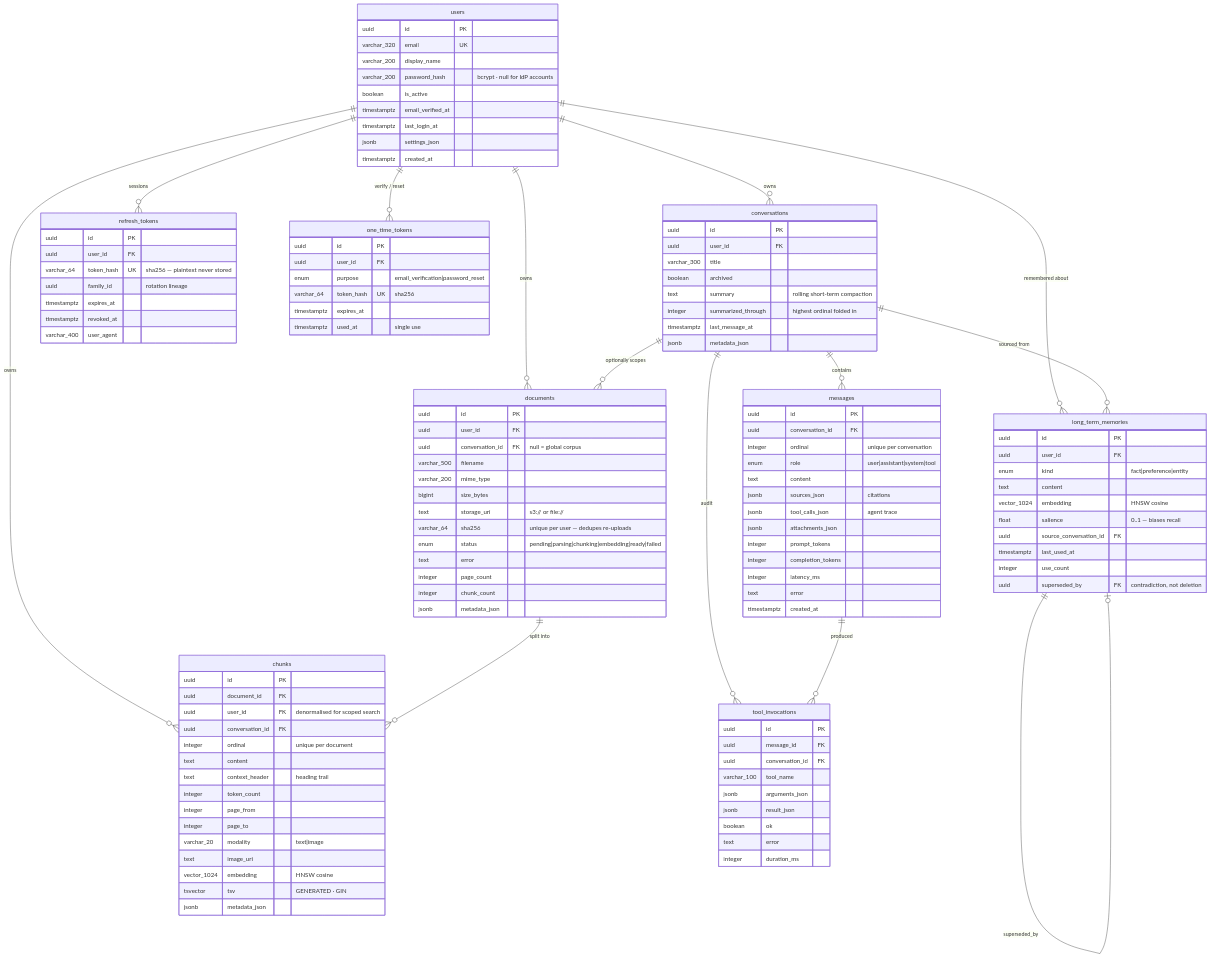
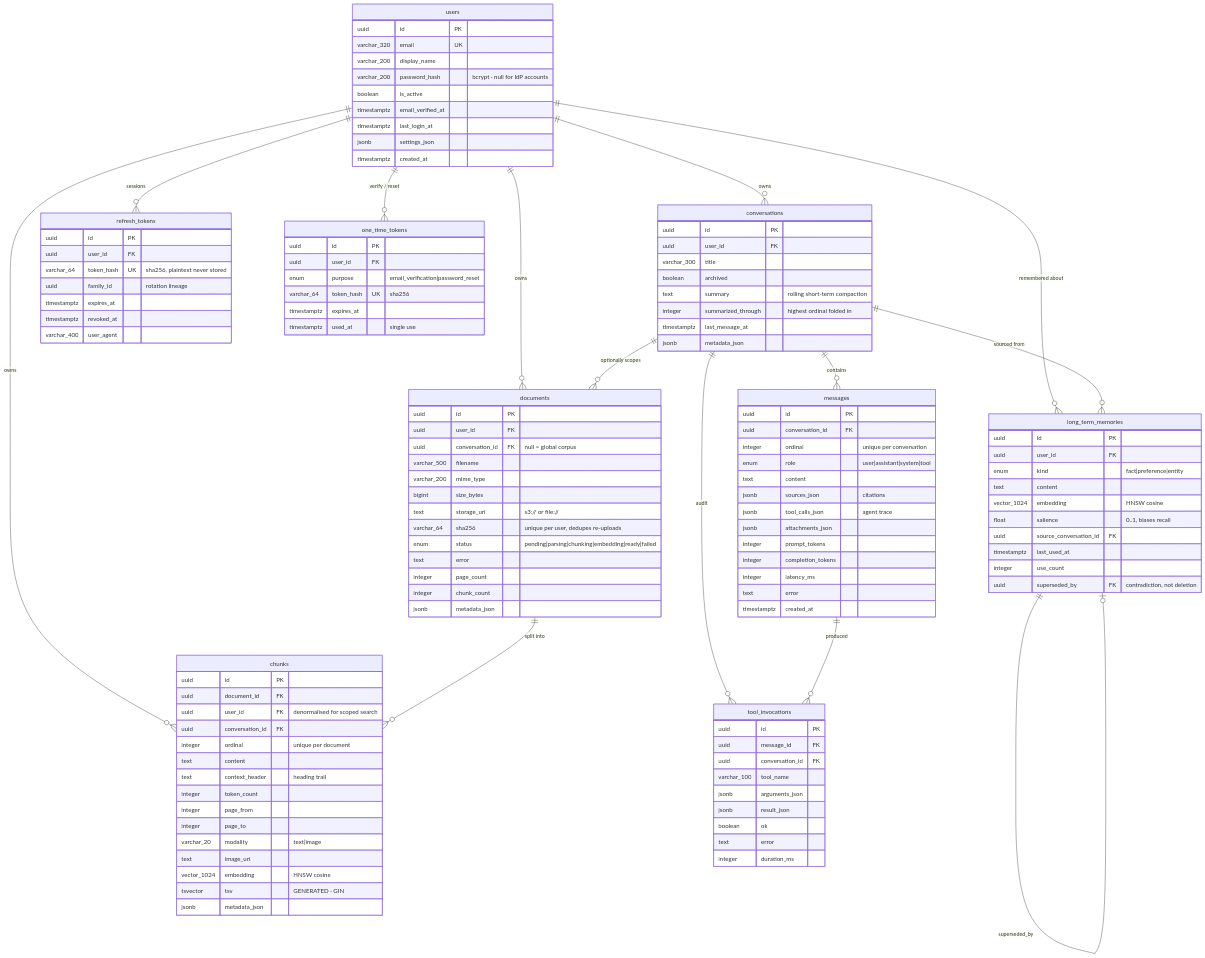
Before and after one commit to ahmedselimmansor-ctrl/Agentic-Rag-on-AWS: the seventh of 9 diagrams in README.md, drawn with Mermaid. The commit also changed other lines of this file, not shown here.

```diff
--- a/README.md
+++ b/README.md
@@ -447,7 +447,7 @@
         varchar_200 mime_type
         bigint size_bytes
         text storage_uri "s3:// or file://"
-        varchar_64 sha256 "unique per user — dedupes re-uploads"
+        varchar_64 sha256 "unique per user, dedupes re-uploads"
         enum status "pending|parsing|chunking|embedding|ready|failed"
         text error
         integer page_count
@@ -479,7 +479,7 @@
         enum kind "fact|preference|entity"
         text content
         vector_1024 embedding "HNSW cosine"
-        float salience "0..1 — biases recall"
+        float salience "0..1, biases recall"
         uuid source_conversation_id FK
         timestamptz last_used_at
         integer use_count
@@ -489,7 +489,7 @@
     refresh_tokens {
         uuid id PK
         uuid user_id FK
-        varchar_64 token_hash UK "sha256 — plaintext never stored"
+        varchar_64 token_hash UK "sha256, plaintext never stored"
         uuid family_id "rotation lineage"
         timestamptz expires_at
         timestamptz revoked_at
```
